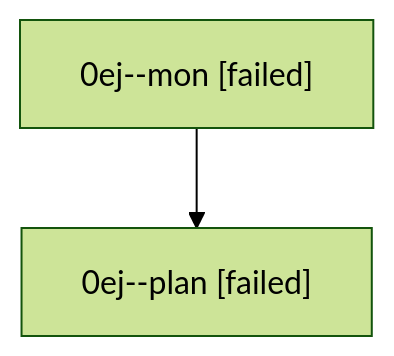
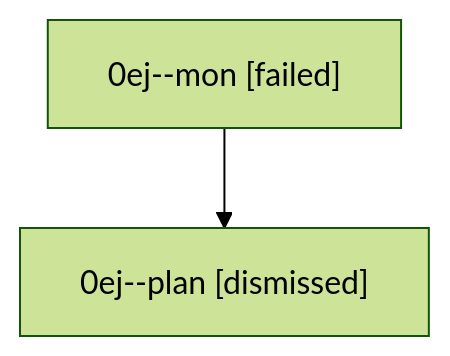
The diagram in families/bbugyi200.athena.0ej.md (sase-org/sase--agents), drawn with Mermaid (forest theme) before and after one commit. The commit also changed other lines of this file and 75 other files, not shown here.

````diff
--- a/families/bbugyi200.athena.0ej.md
+++ b/families/bbugyi200.athena.0ej.md
@@ -9,6 +9,6 @@
 ```mermaid
 flowchart TD
   n0["0ej--mon [failed]"]
-  n1["0ej--plan [failed]"]
+  n1["0ej--plan [dismissed]"]
   n0 --> n1
 ```
````
